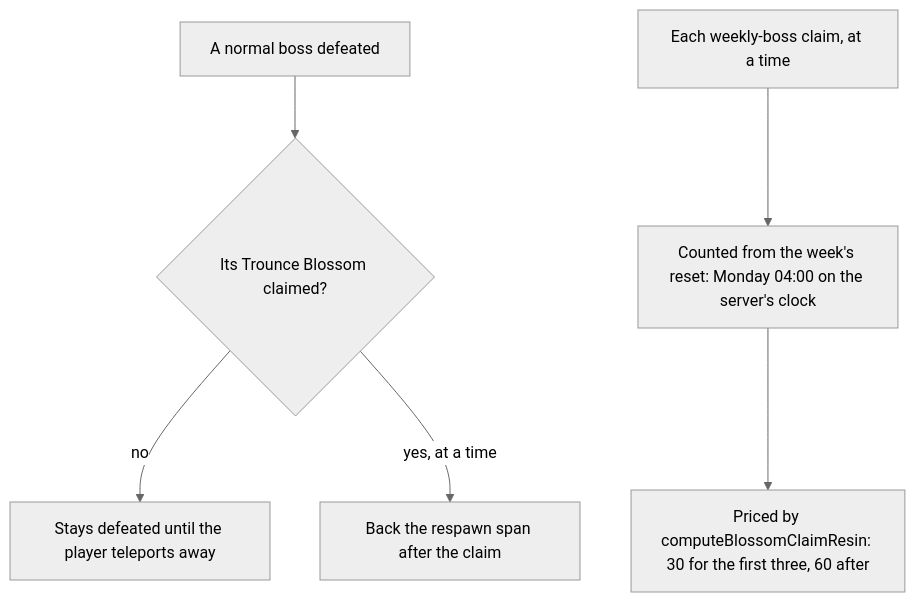
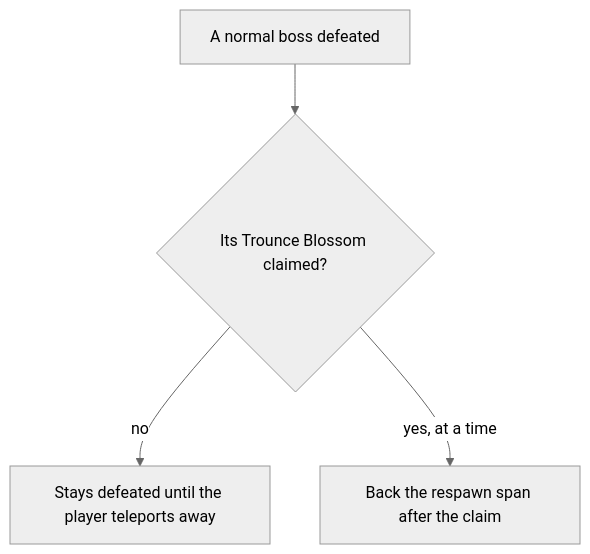
Before and after one commit to Esposter/Esposter: the diagram in openspec/specs/genshin/bosses/design.md, drawn with Mermaid (neutral theme). The commit also changed other lines of this file and 9 other files, not shown here.

````diff
--- a/openspec/specs/genshin/bosses/design.md
+++ b/openspec/specs/genshin/bosses/design.md
@@ -7,8 +7,6 @@
 ```mermaid
 flowchart TD
   D["A normal boss defeated"] --> C{"Its Trounce Blossom claimed?"}
   C -->|"no"| S["Stays defeated until the player teleports away"]
   C -->|"yes, at a time"| R["Back the respawn span after the claim"]
-  W["Each weekly-boss claim, at a time"] --> N["Counted from the week's reset: Monday 04:00 on the server's clock"]
-  N --> P["Priced by computeBlossomClaimResin: 30 for the first three, 60 after"]
 ```
````
